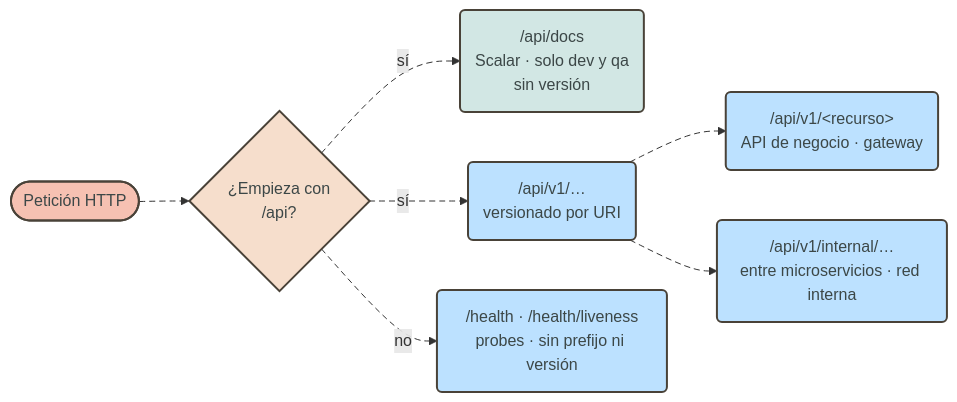
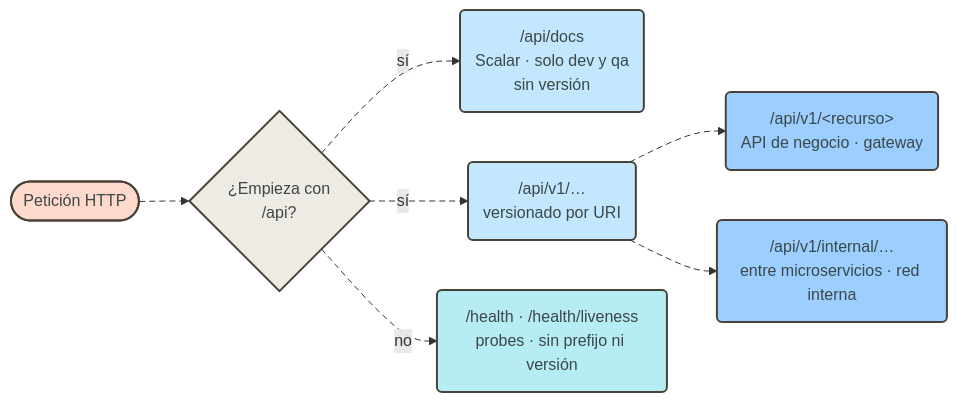
Before and after one commit to pcarroza91/nest-template: the third of 19 diagrams in docs/architecture.md, drawn with Mermaid. The commit also changed other lines of this file and 2 other files, not shown here.

First line of the commit message:
docs(architecture): colores por capa y componente en los diagramas Mermaid

````diff
--- a/docs/architecture.md
+++ b/docs/architecture.md
@@ -105,26 +113,28 @@
 ```mermaid
 flowchart LR
     REQ(["Petición HTTP"])
     PFX{"¿Empieza con<br/>/api?"}
     DOCSR("/api/docs<br/>Scalar · solo dev y qa<br/>sin versión")
     VER("/api/v1/…<br/>versionado por URI")
     BIZ("/api/v1/&lt;recurso&gt;<br/>API de negocio · gateway")
     INT("/api/v1/internal/…<br/>entre microservicios · red interna")
     HEALTHR("/health · /health/liveness<br/>probes · sin prefijo ni versión")
 
     REQ --> PFX
     PFX -- "no" --> HEALTHR
     PFX -- "sí" --> DOCSR
     PFX -- "sí" --> VER
     VER --> BIZ & INT
 
-    classDef entry fill:#bce1ff,stroke:#494238,stroke-width:2px,color:#3c4747
-    classDef shared fill:#d2e7e4,stroke:#494238,stroke-width:2px,color:#3c4747
-    classDef ext fill:#f6c1b2,stroke:#494238,stroke-width:2px,color:#3c4747
-    class VER,BIZ,INT,HEALTHR entry
-    class DOCSR shared
-    class REQ ext
-    classDef decision fill:#f6decc,stroke:#494238,stroke-width:2px,color:#3c4747
+    classDef bootstrap fill:#c3e7ff,stroke:#494238,stroke-width:2px,color:#3c4747
+    classDef health fill:#b6ecf3,stroke:#494238,stroke-width:2px,color:#3c4747
+    classDef external fill:#ffd9cb,stroke:#494238,stroke-width:2px,color:#3c4747
+    classDef controller fill:#9cceff,stroke:#494238,stroke-width:2px,color:#3c4747
+    classDef decision fill:#eeeae4,stroke:#494238,stroke-width:2px,color:#3c4747
+    class VER,DOCSR bootstrap
+    class HEALTHR health
+    class REQ external
+    class BIZ,INT controller
     class PFX decision
     linkStyle default stroke-dasharray:6 4
 ```
````
